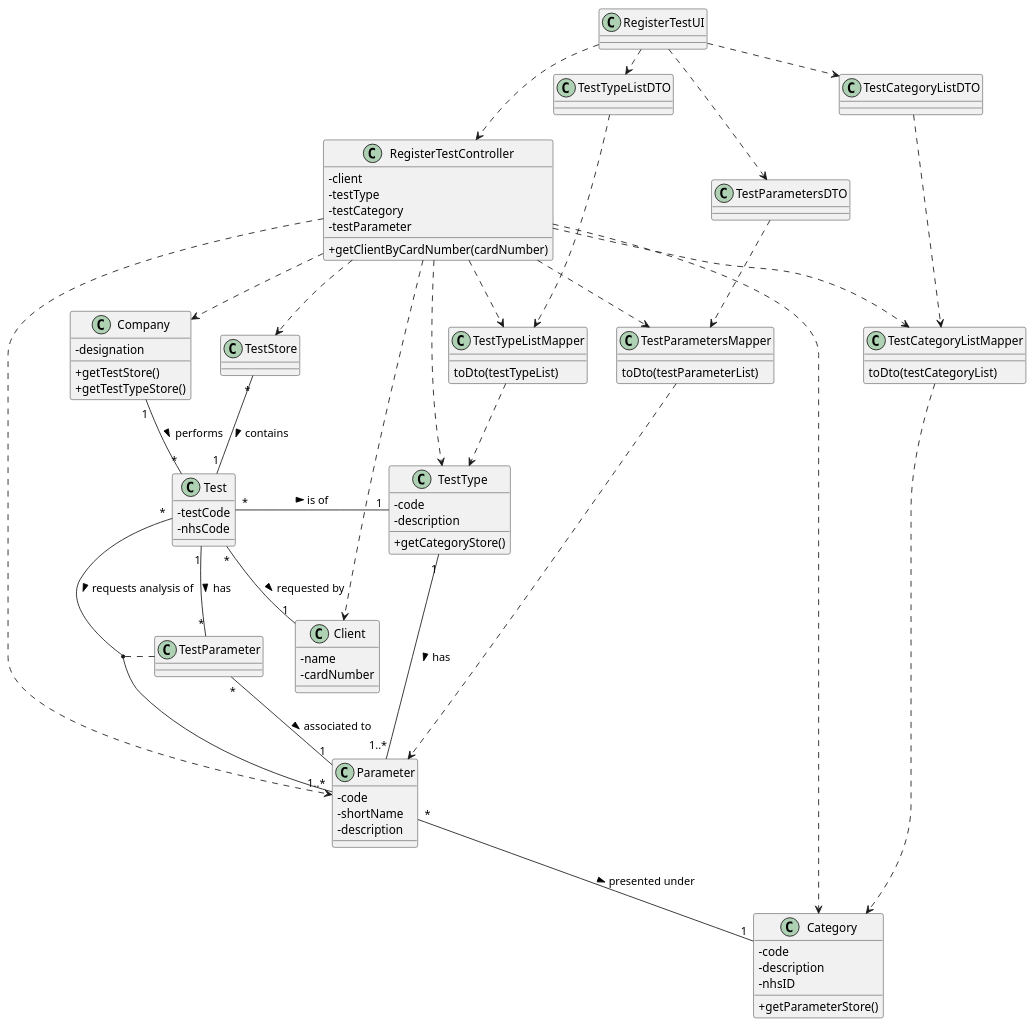
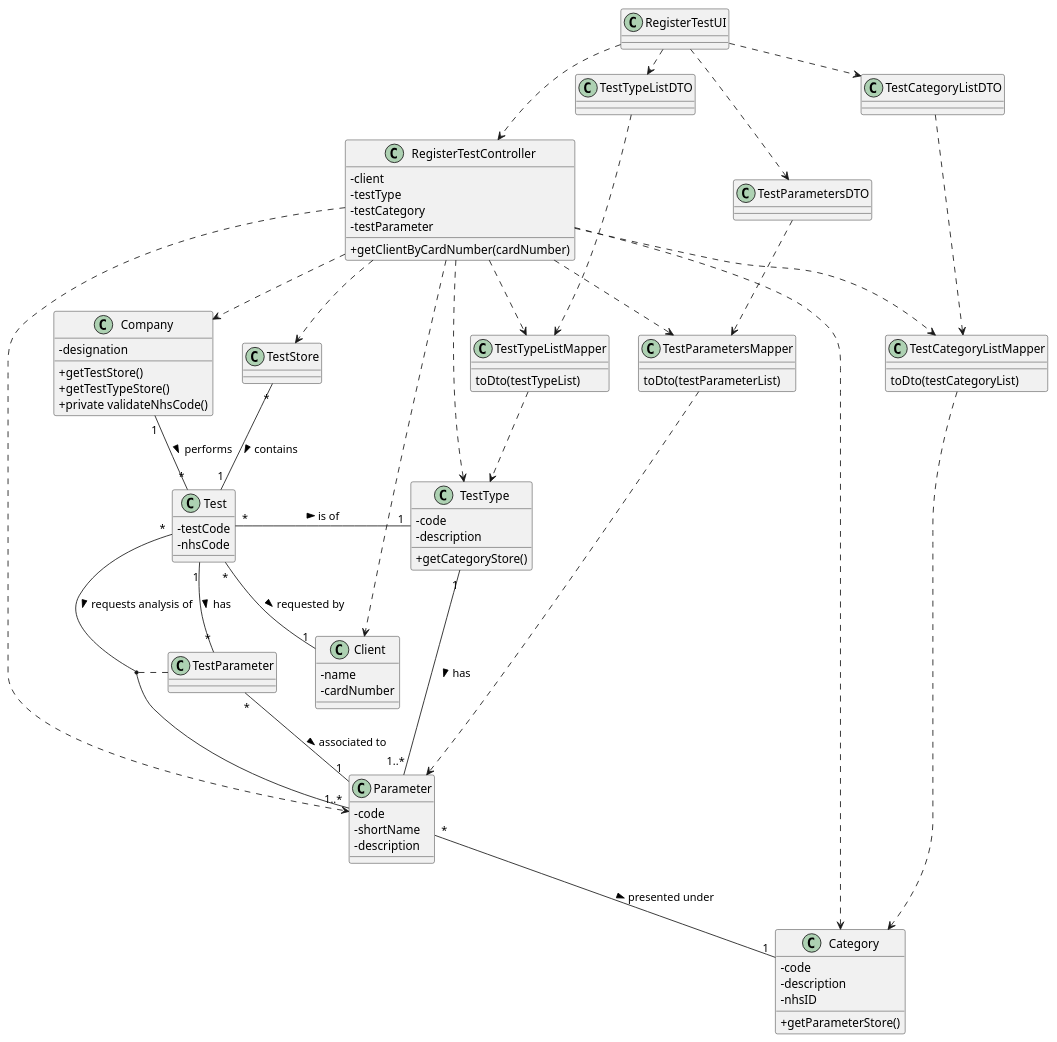
The diagram in docs/SprintC/US4/US4_CD.puml (MadDinosaur/ISEP-LAPR2), drawn with PlantUML before and after one commit. The commit also changed 2 other files, not shown here.

```diff
--- a/docs/SprintC/US4/US4_CD.puml
+++ b/docs/SprintC/US4/US4_CD.puml
@@ -1,91 +1,92 @@
 @startuml
 
 skinparam classAttributeIconSize 0
 
 class RegisterTestUI
 class RegisterTestController {
 -client
 -testType
 -testCategory
 -testParameter
 
 
 +getClientByCardNumber(cardNumber)
 
 }
 
 
 class Company {
 -designation
 +getTestStore()
 +getTestTypeStore()
++private validateNhsCode()
 }
 class TestStore
 class Test {
 -testCode
 -nhsCode
 }
 class Client {
 -name
 -cardNumber
 }
 class TestType {
 -code
 -description
 +getCategoryStore()
 }
 class Parameter {
 -code
 -shortName
 -description
 }
 class Category {
 -code
 -description
 -nhsID
 +getParameterStore()
 }
 class TestTypeListDTO
 class TestTypeListMapper{
 toDto(testTypeList)
 }
 class TestCategoryListDTO
 class TestCategoryListMapper{
 toDto(testCategoryList)
 }
 class TestParametersDTO
 class TestParametersMapper{
 toDto(testParameterList)
 }
 
 Test "*"--"1..*" Parameter : requests analysis of >
 TestType "1"--"1..*" Parameter : has >
 Test "*"--"1" Client : requested by >
 Test "*"-up-"1" Company : performs <
 Test "*"-right-"1" "TestType" : is of >
 Parameter "*"--"1" Category : presented under >
 RegisterTestUI ..> RegisterTestController
 RegisterTestController ..> Company
 RegisterTestController ..> TestStore
 TestStore "*"--"1" "Test" : contains >
 RegisterTestController ..> TestType
 RegisterTestController ..> Parameter
 RegisterTestController ..> Category
 RegisterTestController ..> Client
 RegisterTestUI .right.> TestTypeListDTO
 TestTypeListDTO .down.> TestTypeListMapper
 TestTypeListMapper ..> TestType
 RegisterTestController ..> TestTypeListMapper
 RegisterTestUI .right.> TestCategoryListDTO
 TestCategoryListDTO .down.> TestCategoryListMapper
 TestCategoryListMapper ..> Category
 RegisterTestController ..> TestCategoryListMapper
 RegisterTestUI .right.> TestParametersDTO
 TestParametersDTO .down.> TestParametersMapper
 TestParametersMapper ..> Parameter
 RegisterTestController ..> TestParametersMapper
 (Test, Parameter) .. TestParameter
 TestParameter "*"-"1" Parameter : associated to >
 TestParameter "*"--"1" Test : has <
 
 @enduml
```
